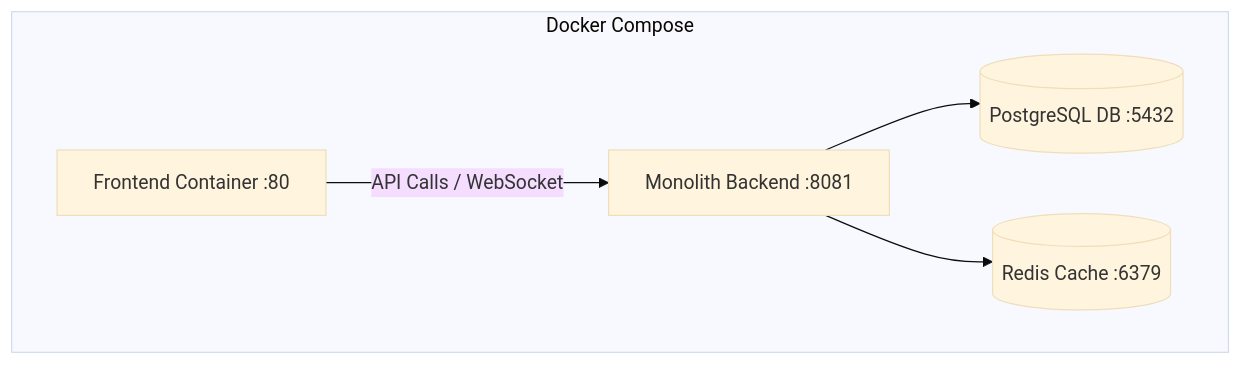
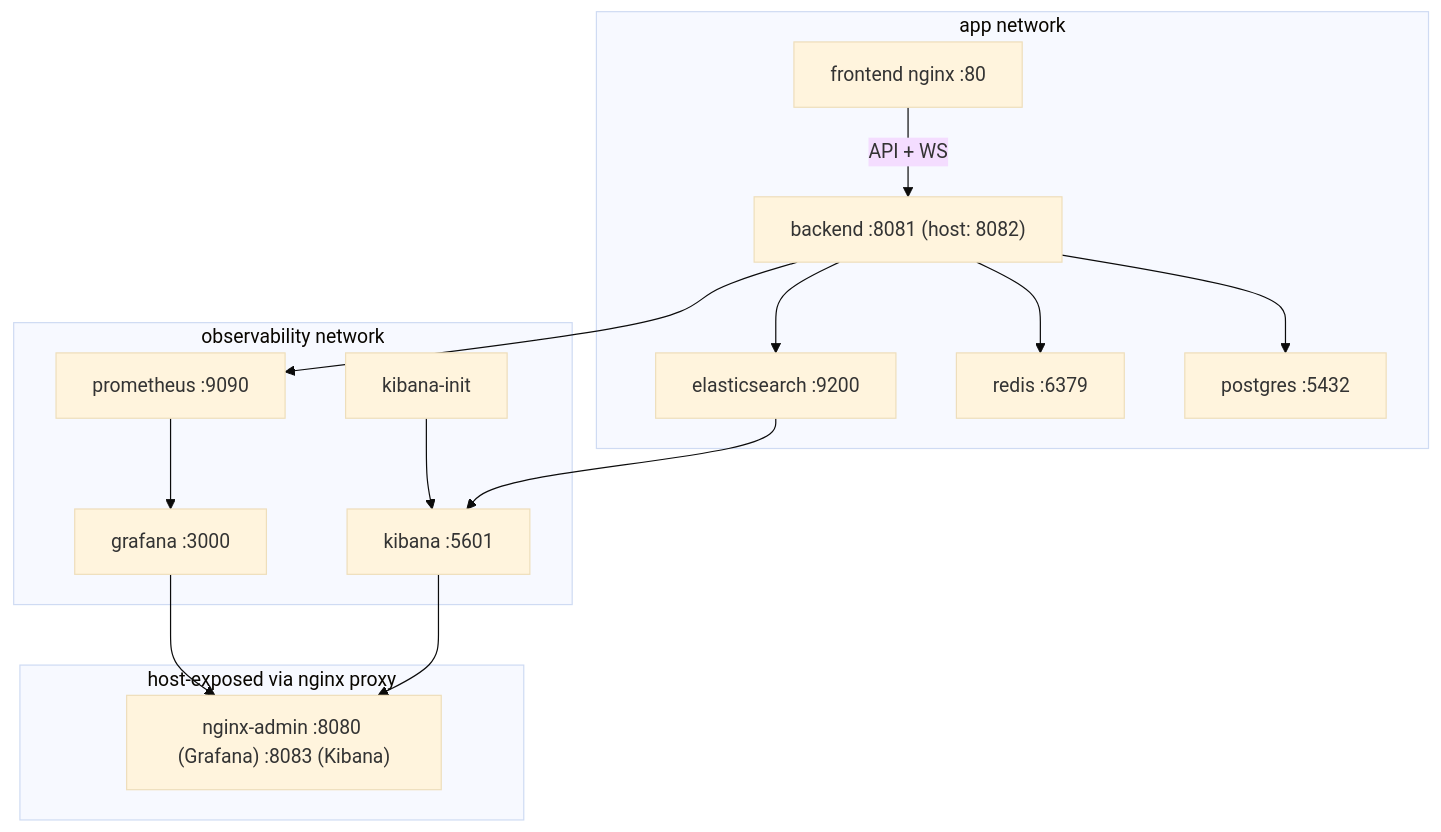
The second of 2 diagrams in docs/07-deployment-devops.md (123suraj-sky/DevOps-Suite), drawn with Mermaid (base theme) before and after one commit. The commit also changed other lines of this file and 14 other files, not shown here.

````diff
--- a/docs/07-deployment-devops.md
+++ b/docs/07-deployment-devops.md
@@ -24,12 +38,32 @@
 ```mermaid
 flowchart TD
-    subgraph Docker Compose
-        FE[Frontend Container :80]
-        MONO[Monolith Backend :8081]
-        PG[(PostgreSQL DB :5432)]
-        Redis[(Redis Cache :6379)]
+    subgraph "app network"
+        FE["frontend nginx :80"]
+        MONO["backend :8081 (host: 8082)"]
+        PG["postgres :5432"]
+        Redis["redis :6379"]
+        ES["elasticsearch :9200"]
     end
-    FE -->|API Calls / WebSocket| MONO
+
+    subgraph "observability network"
+        PROM["prometheus :9090"]
+        GRAF["grafana :3000"]
+        KIB["kibana :5601"]
+        KBINIT["kibana-init"]
+    end
+
+    subgraph "host-exposed via nginx proxy"
+        NGINX_ADMIN["nginx-admin :8080 (Grafana) :8083 (Kibana)"]
+    end
+
+    FE -->|API + WS| MONO
     MONO --> PG
     MONO --> Redis
+    MONO --> ES
+    ES --> KIB
+    MONO --> PROM
+    PROM --> GRAF
+    GRAF --> NGINX_ADMIN
+    KIB --> NGINX_ADMIN
+    KBINIT --> KIB
 ```
````
